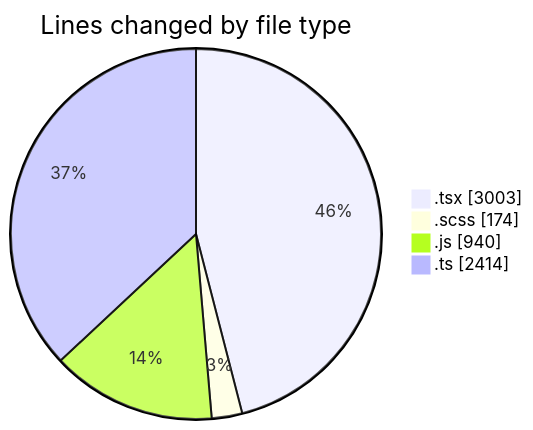
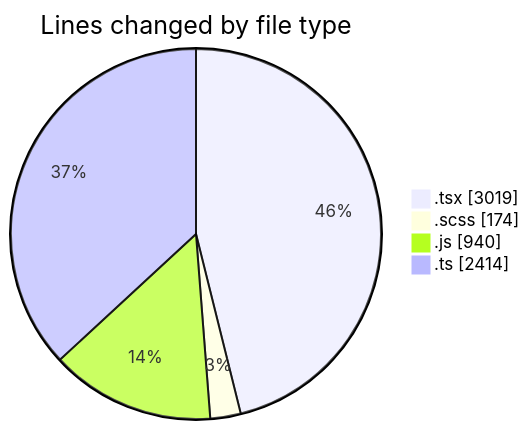
One commit to momahboobian/code-tracking changed the first of 2 diagrams in 2026-07-15/cda/README.md. Above: the diagram before and after it, drawn with Mermaid. The commit also changed other lines of this file and 1 other file, not shown here.

````diff
--- a/2026-07-15/cda/README.md
+++ b/2026-07-15/cda/README.md
@@ -51,8 +51,8 @@
 ```mermaid
 pie showData
 title Lines changed by file type
-".tsx" : 3003
+".tsx" : 3019
 ".scss" : 174
 ".js" : 940
 ".ts" : 2414
 ```
````
